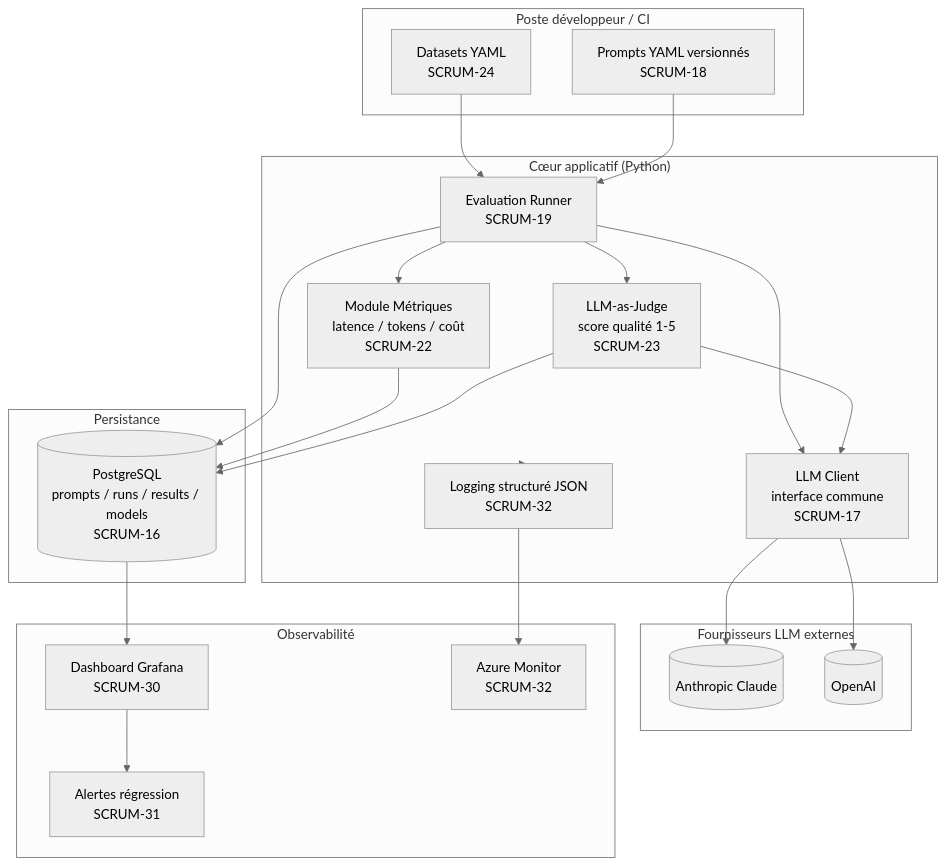
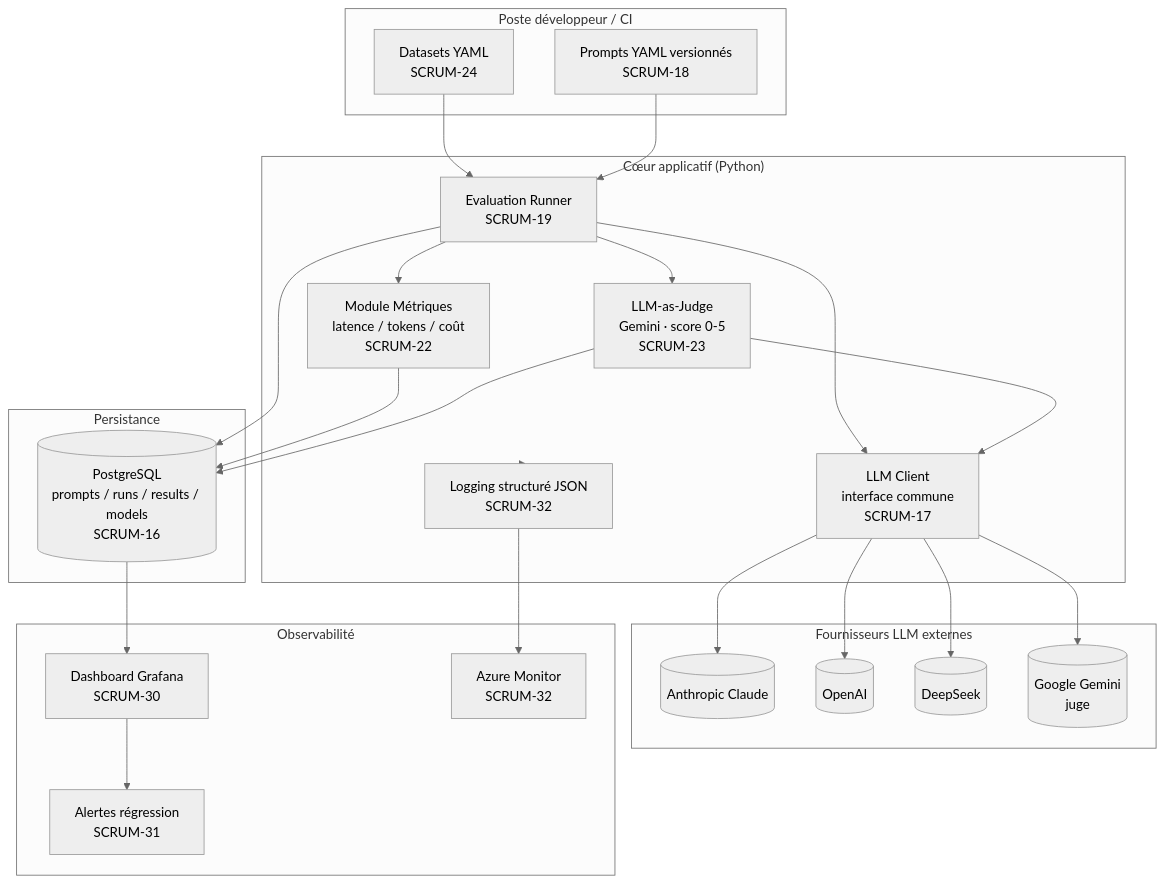
Before and after one commit to CanadiensCoupe2025/LLM-Comparison: the first of 3 diagrams in docs/ARCHITECTURE.md, drawn with Mermaid (neutral theme). The commit also changed other lines of this file and 6 other files, not shown here.

````diff
--- a/docs/ARCHITECTURE.md
+++ b/docs/ARCHITECTURE.md
@@ -64,46 +65,50 @@
 ```mermaid
 flowchart TB
     subgraph Dev["Poste développeur / CI"]
         DS[Datasets YAML<br/>SCRUM-24]
         PR[Prompts YAML versionnés<br/>SCRUM-18]
     end
 
     subgraph Core["Cœur applicatif (Python)"]
         RUN[Evaluation Runner<br/>SCRUM-19]
         LLM[LLM Client<br/>interface commune<br/>SCRUM-17]
         MET[Module Métriques<br/>latence / tokens / coût<br/>SCRUM-22]
-        JUDGE[LLM-as-Judge<br/>score qualité 1-5<br/>SCRUM-23]
+        JUDGE[LLM-as-Judge<br/>Gemini · score 0-5<br/>SCRUM-23]
         LOG[Logging structuré JSON<br/>SCRUM-32]
     end
 
     subgraph Providers["Fournisseurs LLM externes"]
         CLAUDE[(Anthropic Claude)]
         OPENAI[(OpenAI)]
+        DEEPSEEK[(DeepSeek)]
+        GEMINI[(Google Gemini<br/>juge)]
     end
 
     subgraph Data["Persistance"]
         PG[(PostgreSQL<br/>prompts / runs / results / models<br/>SCRUM-16)]
     end
 
     subgraph Obs["Observabilité"]
         GRAF[Dashboard Grafana<br/>SCRUM-30]
         ALERT[Alertes régression<br/>SCRUM-31]
         MON[Azure Monitor<br/>SCRUM-32]
     end
 
     DS --> RUN
     PR --> RUN
     RUN --> LLM
     LLM --> CLAUDE
     LLM --> OPENAI
+    LLM --> DEEPSEEK
+    LLM --> GEMINI
     RUN --> MET
     RUN --> JUDGE
     JUDGE --> LLM
     RUN --> PG
     MET --> PG
     JUDGE --> PG
     PG --> GRAF
     GRAF --> ALERT
     LOG --> MON
     Core --> LOG
 ```
````
